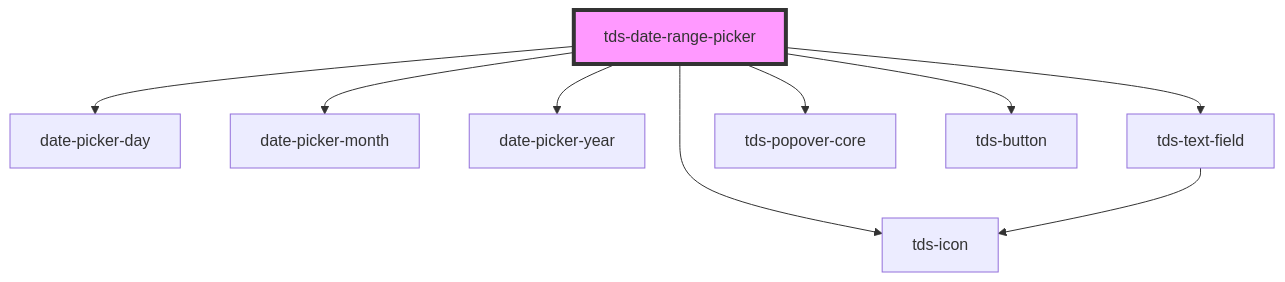
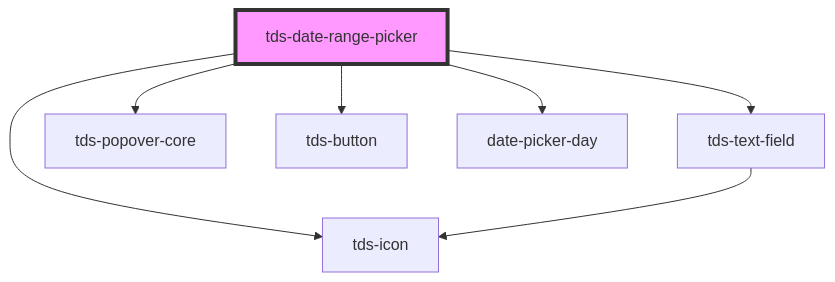
Before and after one commit to scania-digital-design-system/tegel: the diagram in packages/core/src/components/date-range-picker/readme.md, drawn with Mermaid. The commit also changed other lines of this file and 4 other files, not shown here.

````diff
--- a/packages/core/src/components/date-range-picker/readme.md
+++ b/packages/core/src/components/date-range-picker/readme.md
@@ -48,12 +45,10 @@
 ```mermaid
 graph TD;
-  tds-date-range-picker --> date-picker-day
-  tds-date-range-picker --> date-picker-month
-  tds-date-range-picker --> date-picker-year
   tds-date-range-picker --> tds-text-field
   tds-date-range-picker --> tds-icon
   tds-date-range-picker --> tds-popover-core
   tds-date-range-picker --> tds-button
+  tds-date-range-picker --> date-picker-day
   tds-text-field --> tds-icon
   style tds-date-range-picker fill:#f9f,stroke:#333,stroke-width:4px
 ```
````
